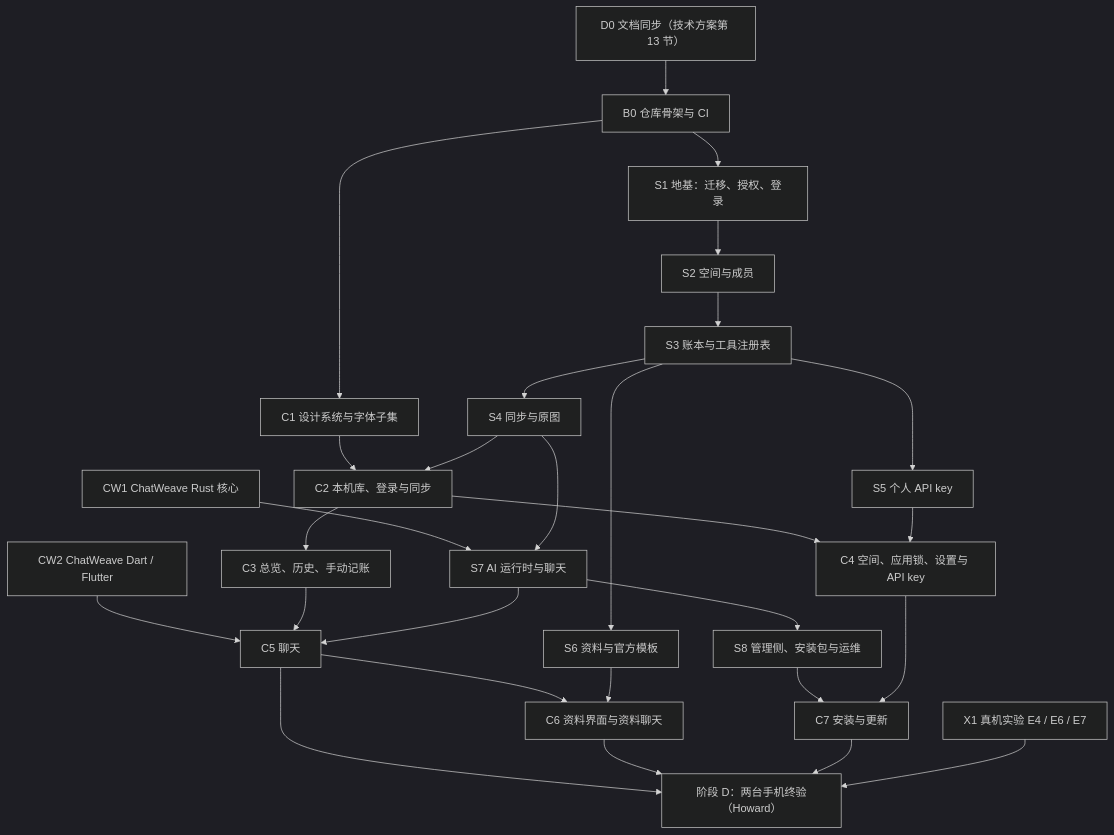
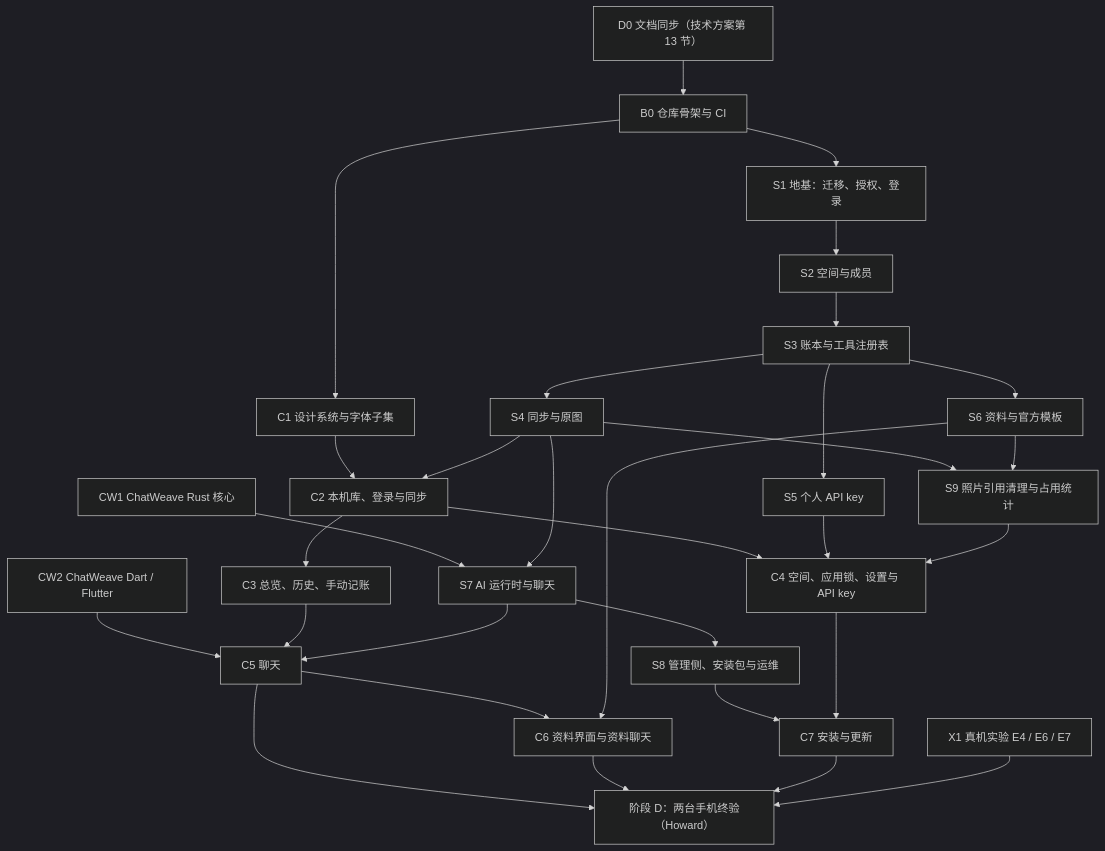
One commit to zz-howard/jiabu changed the diagram in docs/engineering/implementation-plan.md. Above: the diagram before and after it, drawn with Mermaid (dark theme). The commit also changed other lines of this file and 5 other files, not shown here.

````diff
--- a/docs/engineering/implementation-plan.md
+++ b/docs/engineering/implementation-plan.md
@@ -16,30 +16,33 @@
 ```mermaid
 flowchart TD
   D0["D0 文档同步（技术方案第 13 节）"] --> B0
   B0["B0 仓库骨架与 CI"] --> S1
   B0 --> C1
   CW1["CW1 ChatWeave Rust 核心"] --> S7
   CW2["CW2 ChatWeave Dart / Flutter"] --> C5
   S1["S1 地基：迁移、授权、登录"] --> S2["S2 空间与成员"]
   S2 --> S3["S3 账本与工具注册表"]
   S3 --> S4["S4 同步与原图"]
   S3 --> S5["S5 个人 API key"]
   S3 --> S6["S6 资料与官方模板"]
   S4 --> S7["S7 AI 运行时与聊天"]
   S7 --> S8["S8 管理侧、安装包与运维"]
+  S4 --> S9["S9 照片引用清理与占用统计"]
+  S6 --> S9
   C1["C1 设计系统与字体子集"] --> C2["C2 本机库、登录与同步"]
   S4 --> C2
   C2 --> C3["C3 总览、历史、手动记账"]
   C2 --> C4["C4 空间、应用锁、设置与 API key"]
   S5 --> C4
+  S9 --> C4
   C3 --> C5["C5 聊天"]
   S7 --> C5
   C5 --> C6["C6 资料界面与资料聊天"]
   S6 --> C6
   S8 --> C7["C7 安装与更新"]
   C4 --> C7
   C5 --> DD["阶段 D：两台手机终验（Howard）"]
   C6 --> DD
   C7 --> DD
   X1["X1 真机实验 E4 / E6 / E7"] --> DD
 ```
````
